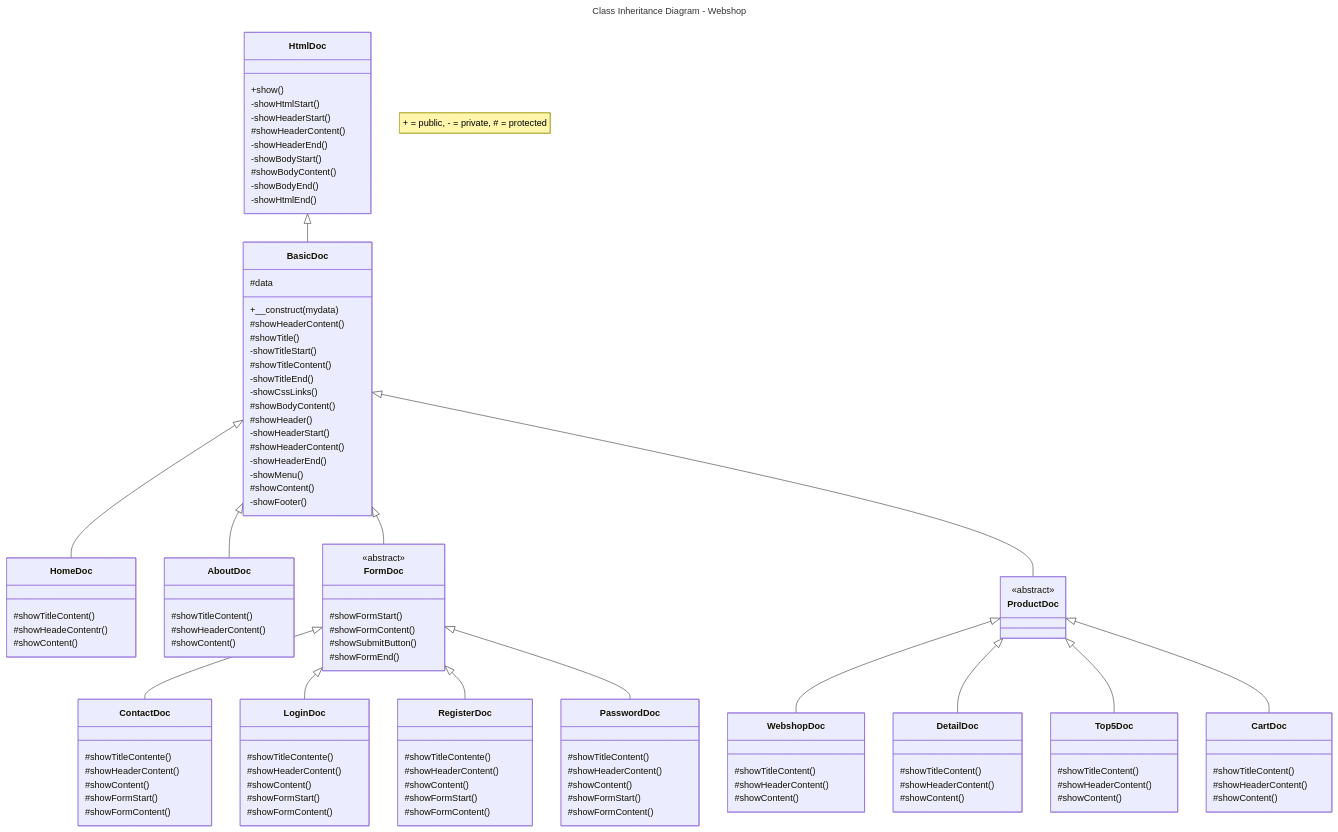
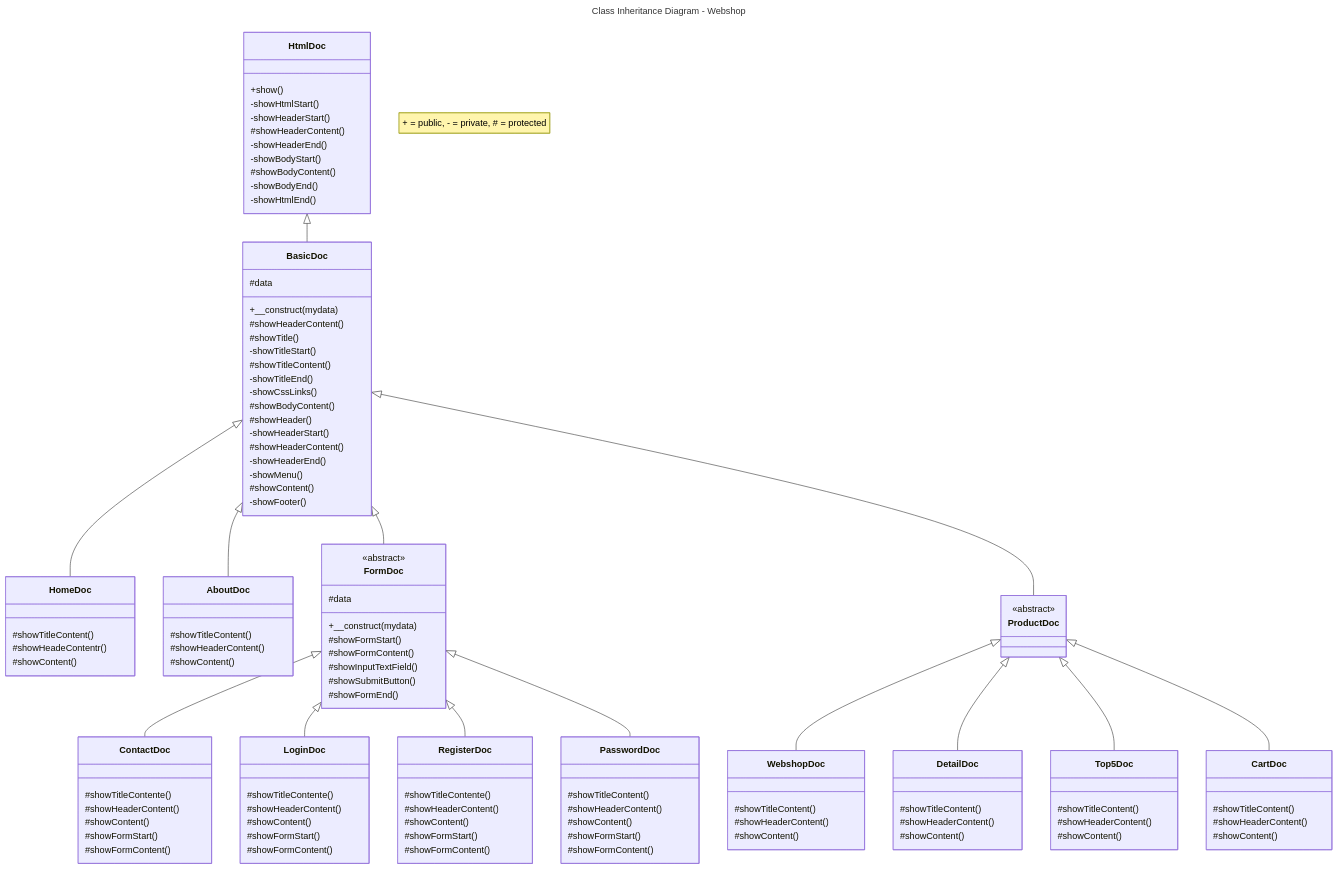
One commit to JeroenHeemskerk/educom-webshop-oop-1708595373 changed the diagram in Diagrams/class-inheritance-diagram-webshop.md. Above: the diagram before and after it, drawn with Mermaid.

```diff
--- a/Diagrams/class-inheritance-diagram-webshop.md
+++ b/Diagrams/class-inheritance-diagram-webshop.md
@@ -63,8 +63,11 @@
     }
     class FormDoc{
         <<abstract>>
+        #data 
+        +__construct(mydata)
         #showFormStart()
         #showFormContent()
+        #showInputTextField()
         #showSubmitButton()
         #showFormEnd()
     }
```
